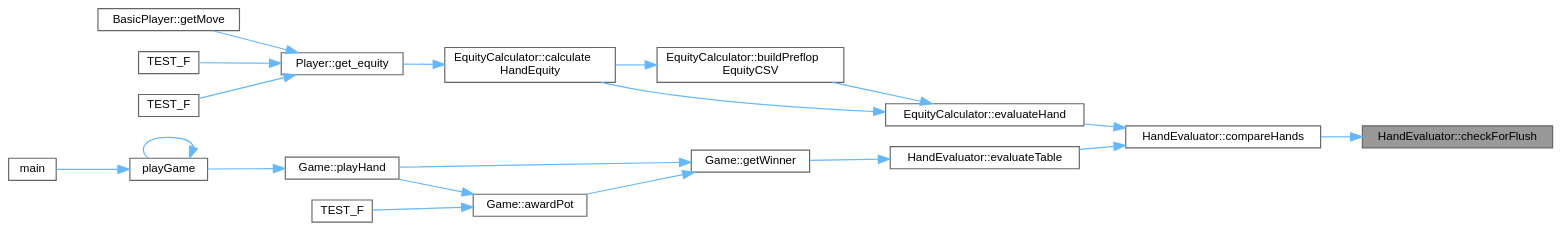
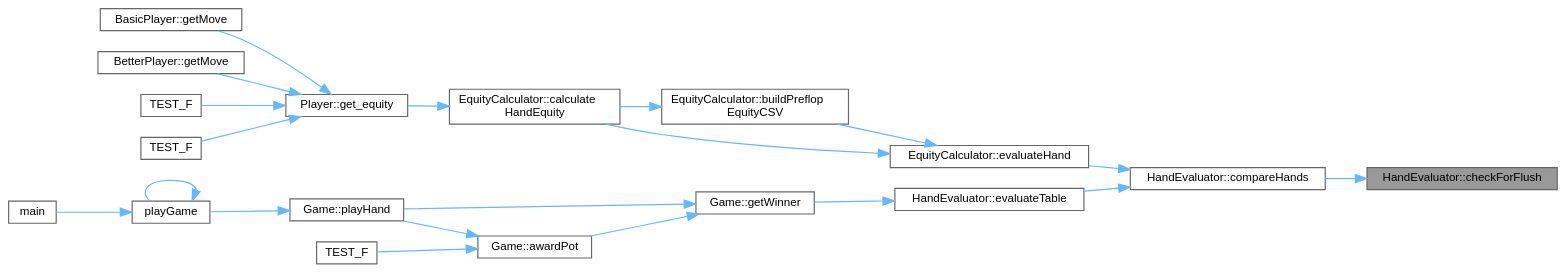
The diagram in class_hand_evaluator_a3516765d723bb99d75f7a881c6cf5202_icgraph.dot (jesstyrrell/cosc345), drawn with Graphviz before and after one commit. The commit also changed 174 other files, not shown here.

```diff
--- a/class_hand_evaluator_a3516765d723bb99d75f7a881c6cf5202_icgraph.dot
+++ b/class_hand_evaluator_a3516765d723bb99d75f7a881c6cf5202_icgraph.dot
@@ -1,43 +1,45 @@
 digraph "HandEvaluator::checkForFlush"
 {
  // INTERACTIVE_SVG=YES
  // LATEX_PDF_SIZE
   bgcolor="transparent";
   edge [fontname=Helvetica,fontsize=10,labelfontname=Helvetica,labelfontsize=10];
   node [fontname=Helvetica,fontsize=10,shape=box,height=0.2,width=0.4];
   rankdir="RL";
   Node1 [id="Node000001",label="HandEvaluator::checkForFlush",height=0.2,width=0.4,color="gray40", fillcolor="grey60", style="filled", fontcolor="black",tooltip="Checks for a flush in a combined hand and community cards."];
   Node1 -> Node2 [id="edge1_Node000001_Node000002",dir="back",color="steelblue1",style="solid",tooltip=" "];
   Node2 [id="Node000002",label="HandEvaluator::compareHands",height=0.2,width=0.4,color="grey40", fillcolor="white", style="filled",URL="$class_hand_evaluator.html#ac699bebeb0b211a7b84359a1023e0d83",tooltip="Compares two hands to determine the winner."];
   Node2 -> Node3 [id="edge2_Node000002_Node000003",dir="back",color="steelblue1",style="solid",tooltip=" "];
   Node3 [id="Node000003",label="EquityCalculator::evaluateHand",height=0.2,width=0.4,color="grey40", fillcolor="white", style="filled",URL="$class_equity_calculator.html#af315dfcb578ab5889dab4bc970b1d597",tooltip=" "];
   Node3 -> Node4 [id="edge3_Node000003_Node000004",dir="back",color="steelblue1",style="solid",tooltip=" "];
   Node4 [id="Node000004",label="EquityCalculator::buildPreflop\lEquityCSV",height=0.2,width=0.4,color="grey40", fillcolor="white", style="filled",URL="$class_equity_calculator.html#a5e6d58769d8554960b7434bef984cb28",tooltip=" "];
   Node4 -> Node5 [id="edge4_Node000004_Node000005",dir="back",color="steelblue1",style="solid",tooltip=" "];
   Node5 [id="Node000005",label="EquityCalculator::calculate\lHandEquity",height=0.2,width=0.4,color="grey40", fillcolor="white", style="filled",URL="$class_equity_calculator.html#a7538b1a4d83a396d16dc0673cb3eb619",tooltip="Evaluates the equity of a hand against multiple opponents."];
   Node5 -> Node6 [id="edge5_Node000005_Node000006",dir="back",color="steelblue1",style="solid",tooltip=" "];
   Node6 [id="Node000006",label="Player::get_equity",height=0.2,width=0.4,color="grey40", fillcolor="white", style="filled",URL="$class_player.html#ac40b5f5383aa1b6146a39c74f08254ad",tooltip="Returns the equity of the players hand for the current stage of the game."];
   Node6 -> Node7 [id="edge6_Node000006_Node000007",dir="back",color="steelblue1",style="solid",tooltip=" "];
-  Node7 [id="Node000007",label="BasicPlayer::getMove",height=0.2,width=0.4,color="grey40", fillcolor="white", style="filled",URL="$class_basic_player.html#ab77fd6eb15d997d705eb1f750b3ebd52",tooltip="Gets the player's move during their turn."];
+  Node7 [id="Node000007",label="BasicPlayer::getMove",height=0.2,width=0.4,color="grey40", fillcolor="white", style="filled",URL="$class_basic_player.html#a9c6ca42bec1e9936d98e9c210f6f08c4",tooltip="Gets the player's move during their turn."];
   Node6 -> Node8 [id="edge7_Node000006_Node000008",dir="back",color="steelblue1",style="solid",tooltip=" "];
-  Node8 [id="Node000008",label="TEST_F",height=0.2,width=0.4,color="grey40", fillcolor="white", style="filled",URL="$test___player_8cc.html#a58e6b1b83a0b3890240da45b9cfca22b",tooltip=" "];
+  Node8 [id="Node000008",label="BetterPlayer::getMove",height=0.2,width=0.4,color="grey40", fillcolor="white", style="filled",URL="$class_better_player.html#ac228cde696e45779a7270a4d0ca6a297",tooltip="Gets the player's move during their turn."];
   Node6 -> Node9 [id="edge8_Node000006_Node000009",dir="back",color="steelblue1",style="solid",tooltip=" "];
-  Node9 [id="Node000009",label="TEST_F",height=0.2,width=0.4,color="grey40", fillcolor="white", style="filled",URL="$test___player_8cc.html#ab159003d62d4815baca60d6e6394374e",tooltip=" "];
-  Node3 -> Node5 [id="edge9_Node000003_Node000005",dir="back",color="steelblue1",style="solid",tooltip=" "];
-  Node2 -> Node10 [id="edge10_Node000002_Node000010",dir="back",color="steelblue1",style="solid",tooltip=" "];
-  Node10 [id="Node000010",label="HandEvaluator::evaluateTable",height=0.2,width=0.4,color="grey40", fillcolor="white", style="filled",URL="$class_hand_evaluator.html#a913d9b6af7946277de9652577b88292b",tooltip="Evaluates multiple hands against community cards."];
-  Node10 -> Node11 [id="edge11_Node000010_Node000011",dir="back",color="steelblue1",style="solid",tooltip=" "];
-  Node11 [id="Node000011",label="Game::getWinner",height=0.2,width=0.4,color="grey40", fillcolor="white", style="filled",URL="$class_game.html#aab46e042704ec19c1f0a52280ef06bef",tooltip="Determines the winner(s) of the current hand."];
+  Node9 [id="Node000009",label="TEST_F",height=0.2,width=0.4,color="grey40", fillcolor="white", style="filled",URL="$test___player_8cc.html#a58e6b1b83a0b3890240da45b9cfca22b",tooltip=" "];
+  Node6 -> Node10 [id="edge9_Node000006_Node000010",dir="back",color="steelblue1",style="solid",tooltip=" "];
+  Node10 [id="Node000010",label="TEST_F",height=0.2,width=0.4,color="grey40", fillcolor="white", style="filled",URL="$test___player_8cc.html#ab159003d62d4815baca60d6e6394374e",tooltip=" "];
+  Node3 -> Node5 [id="edge10_Node000003_Node000005",dir="back",color="steelblue1",style="solid",tooltip=" "];
+  Node2 -> Node11 [id="edge11_Node000002_Node000011",dir="back",color="steelblue1",style="solid",tooltip=" "];
+  Node11 [id="Node000011",label="HandEvaluator::evaluateTable",height=0.2,width=0.4,color="grey40", fillcolor="white", style="filled",URL="$class_hand_evaluator.html#a913d9b6af7946277de9652577b88292b",tooltip="Evaluates multiple hands against community cards."];
   Node11 -> Node12 [id="edge12_Node000011_Node000012",dir="back",color="steelblue1",style="solid",tooltip=" "];
-  Node12 [id="Node000012",label="Game::awardPot",height=0.2,width=0.4,color="grey40", fillcolor="white", style="filled",URL="$class_game.html#ac0b29143b66a8cecb267b54ac84deb06",tooltip="Awards the pot to the winning players."];
+  Node12 [id="Node000012",label="Game::getWinner",height=0.2,width=0.4,color="grey40", fillcolor="white", style="filled",URL="$class_game.html#aab46e042704ec19c1f0a52280ef06bef",tooltip="Determines the winner(s) of the current hand."];
   Node12 -> Node13 [id="edge13_Node000012_Node000013",dir="back",color="steelblue1",style="solid",tooltip=" "];
-  Node13 [id="Node000013",label="Game::playHand",height=0.2,width=0.4,color="grey40", fillcolor="white", style="filled",URL="$class_game.html#ab72401c43b303a37dec67f3d6b75a927",tooltip="Plays a single hand of poker."];
+  Node13 [id="Node000013",label="Game::awardPot",height=0.2,width=0.4,color="grey40", fillcolor="white", style="filled",URL="$class_game.html#ac0b29143b66a8cecb267b54ac84deb06",tooltip="Awards the pot to the winning players."];
   Node13 -> Node14 [id="edge14_Node000013_Node000014",dir="back",color="steelblue1",style="solid",tooltip=" "];
-  Node14 [id="Node000014",label="playGame",height=0.2,width=0.4,color="grey40", fillcolor="white", style="filled",URL="$main_8cpp.html#a4cbfdb17bf51e00546880626f7e80429",tooltip=" "];
+  Node14 [id="Node000014",label="Game::playHand",height=0.2,width=0.4,color="grey40", fillcolor="white", style="filled",URL="$class_game.html#ab72401c43b303a37dec67f3d6b75a927",tooltip="Plays a single hand of poker."];
   Node14 -> Node15 [id="edge15_Node000014_Node000015",dir="back",color="steelblue1",style="solid",tooltip=" "];
-  Node15 [id="Node000015",label="main",height=0.2,width=0.4,color="grey40", fillcolor="white", style="filled",URL="$main_8cpp.html#a0ddf1224851353fc92bfbff6f499fa97",tooltip=" "];
-  Node14 -> Node14 [id="edge16_Node000014_Node000014",dir="back",color="steelblue1",style="solid",tooltip=" "];
-  Node12 -> Node16 [id="edge17_Node000012_Node000016",dir="back",color="steelblue1",style="solid",tooltip=" "];
-  Node16 [id="Node000016",label="TEST_F",height=0.2,width=0.4,color="grey40", fillcolor="white", style="filled",URL="$test___game_8cc.html#adf97e005acdc02b38d612eabddf53792",tooltip=" "];
-  Node11 -> Node13 [id="edge18_Node000011_Node000013",dir="back",color="steelblue1",style="solid",tooltip=" "];
+  Node15 [id="Node000015",label="playGame",height=0.2,width=0.4,color="grey40", fillcolor="white", style="filled",URL="$main_8cpp.html#a4cbfdb17bf51e00546880626f7e80429",tooltip=" "];
+  Node15 -> Node16 [id="edge16_Node000015_Node000016",dir="back",color="steelblue1",style="solid",tooltip=" "];
+  Node16 [id="Node000016",label="main",height=0.2,width=0.4,color="grey40", fillcolor="white", style="filled",URL="$main_8cpp.html#a0ddf1224851353fc92bfbff6f499fa97",tooltip=" "];
+  Node15 -> Node15 [id="edge17_Node000015_Node000015",dir="back",color="steelblue1",style="solid",tooltip=" "];
+  Node13 -> Node17 [id="edge18_Node000013_Node000017",dir="back",color="steelblue1",style="solid",tooltip=" "];
+  Node17 [id="Node000017",label="TEST_F",height=0.2,width=0.4,color="grey40", fillcolor="white", style="filled",URL="$test___game_8cc.html#adf97e005acdc02b38d612eabddf53792",tooltip=" "];
+  Node12 -> Node14 [id="edge19_Node000012_Node000014",dir="back",color="steelblue1",style="solid",tooltip=" "];
 }
```
